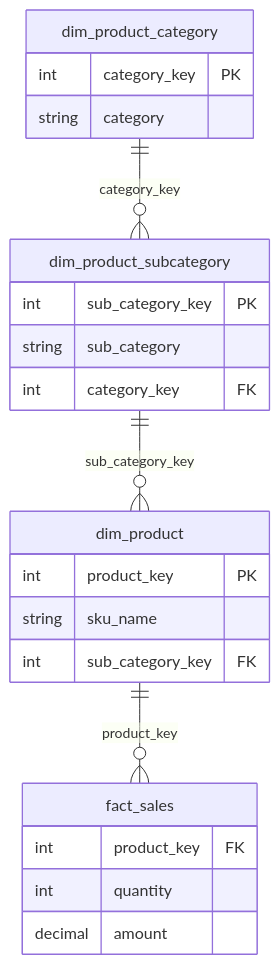
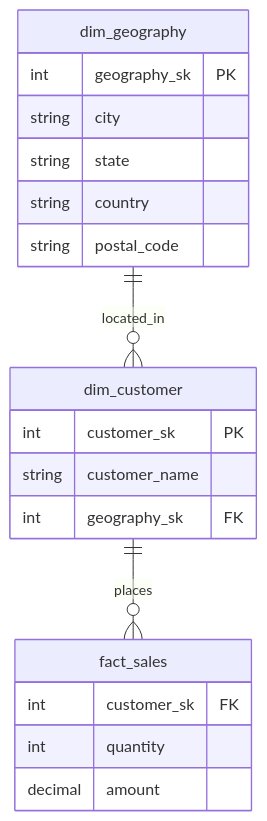
One commit to dyvenia/dim-modelling-docs changed the second of 2 diagrams in src/patterns/outtrigger.md. Above: the diagram before and after it, drawn with Mermaid. The commit also changed other lines of this file, not shown here.

````diff
--- a/src/patterns/outtrigger.md
+++ b/src/patterns/outtrigger.md
@@ -55,29 +56,26 @@
 ```mermaid
+%%{init: {'layoutDirection': 'LR'}}%%
 erDiagram
-    dim_product ||--o{ fact_sales : "product_key"
-    dim_product_subcategory ||--o{ dim_product : "sub_category_key"
-    dim_product_category ||--o{ dim_product_subcategory : "category_key"
+    dim_geography ||--o{ dim_customer : "located_in"
+    dim_customer ||--o{ fact_sales : "places"
+
+    dim_geography {
+        int geography_sk PK
+        string city
+        string state
+        string country
+        string postal_code
+    }
+
+    dim_customer {
+        int customer_sk PK
+        string customer_name
+        int geography_sk FK
+    }
 
     fact_sales {
-        int product_key FK
+        int customer_sk FK
         int quantity
         decimal amount
     }
-
-    dim_product {
-        int product_key PK
-        string sku_name
-        int sub_category_key FK
-    }
-
-    dim_product_subcategory {
-        int sub_category_key PK
-        string sub_category
-        int category_key FK
-    }
-
-    dim_product_category {
-        int category_key PK
-        string category
-    }
 ```
````
